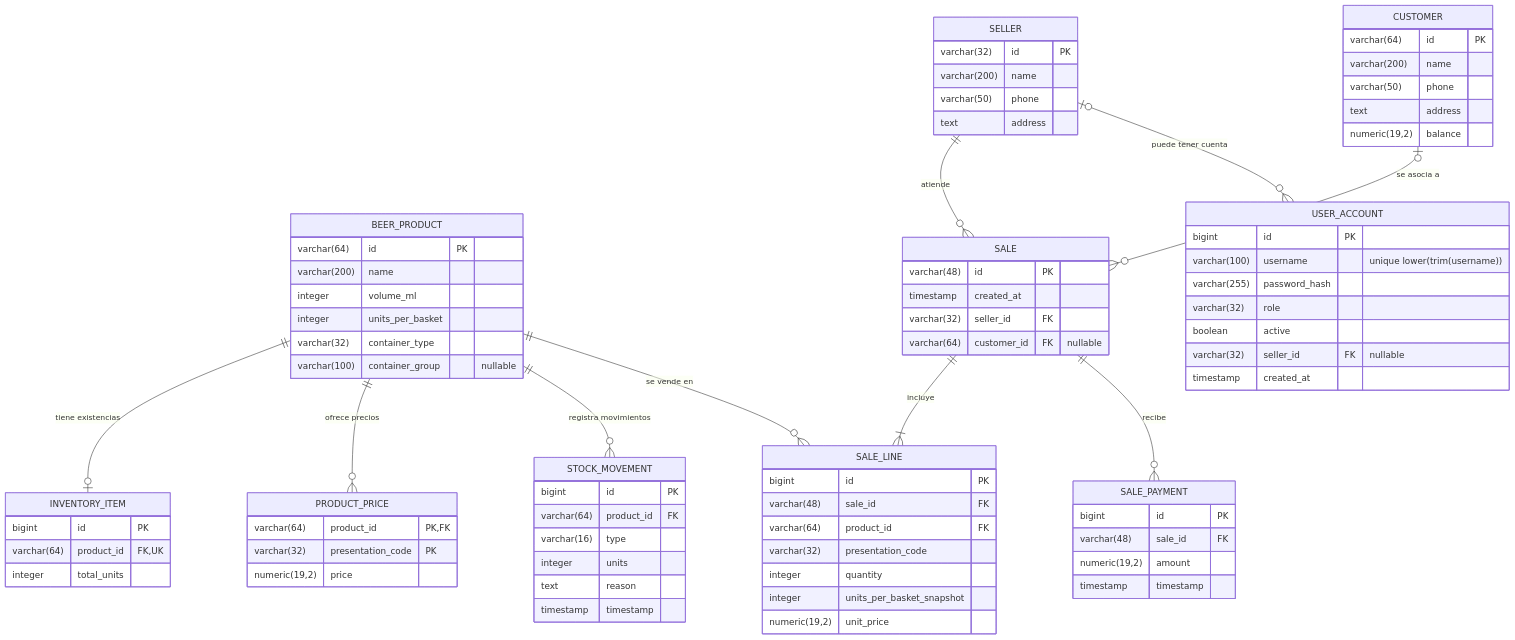
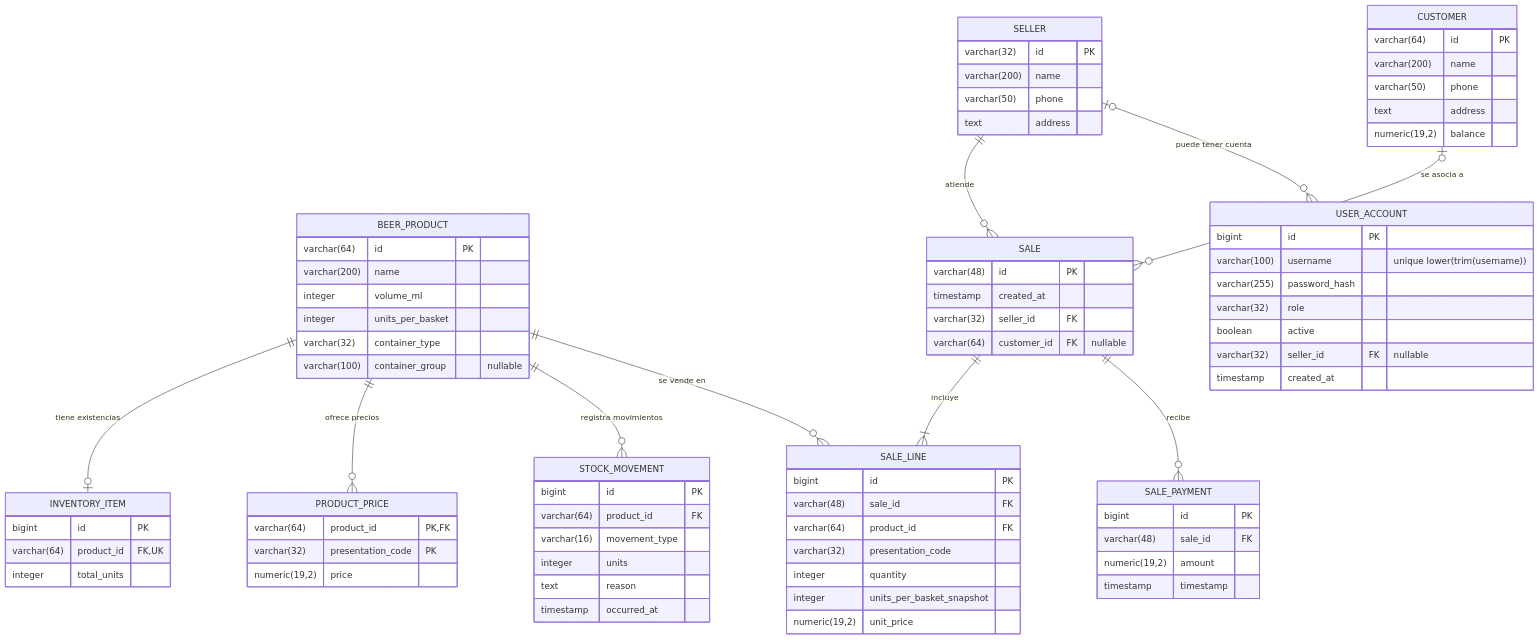
One commit to carloscamelo2008-lang/la-exclusiva-p3 changed the diagram in database/diagrama-er.mmd. Above: the diagram before and after it, drawn with Mermaid.

Commit message:
docs(database): align ER diagram with SQL column names

```diff
--- a/database/diagrama-er.mmd
+++ b/database/diagrama-er.mmd
@@ -1,82 +1,82 @@
 %% Todas las relaciones FK tienen ON DELETE RESTRICT; no se usa borrado en cascada.
 %% timestamp representa PostgreSQL TIMESTAMP WITHOUT TIME ZONE; numeric monetario es NUMERIC(19,2).
 erDiagram
     BEER_PRODUCT ||--o| INVENTORY_ITEM : "tiene existencias"
     BEER_PRODUCT ||--o{ PRODUCT_PRICE : "ofrece precios"
     BEER_PRODUCT ||--o{ STOCK_MOVEMENT : "registra movimientos"
     BEER_PRODUCT ||--o{ SALE_LINE : "se vende en"
     SELLER ||--o{ SALE : "atiende"
     CUSTOMER o|--o{ SALE : "se asocia a"
     SELLER o|--o{ USER_ACCOUNT : "puede tener cuenta"
     SALE ||--|{ SALE_LINE : "incluye"
     SALE ||--o{ SALE_PAYMENT : "recibe"
 
     BEER_PRODUCT {
         varchar(64) id PK
         varchar(200) name
         integer volume_ml
         integer units_per_basket
         varchar(32) container_type
         varchar(100) container_group "nullable"
     }
     PRODUCT_PRICE {
         varchar(64) product_id PK,FK
         varchar(32) presentation_code PK
         numeric(19,2) price
     }
     INVENTORY_ITEM {
         bigint id PK
         varchar(64) product_id FK,UK
         integer total_units
     }
     STOCK_MOVEMENT {
         bigint id PK
         varchar(64) product_id FK
-        varchar(16) type
+        varchar(16) movement_type
         integer units
         text reason
-        timestamp timestamp
+        timestamp occurred_at
     }
     CUSTOMER {
         varchar(64) id PK
         varchar(200) name
         varchar(50) phone
         text address
         numeric(19,2) balance
     }
     SELLER {
         varchar(32) id PK
         varchar(200) name
         varchar(50) phone
         text address
     }
     SALE {
         varchar(48) id PK
         timestamp created_at
         varchar(32) seller_id FK
         varchar(64) customer_id FK "nullable"
     }
     SALE_LINE {
         bigint id PK
         varchar(48) sale_id FK
         varchar(64) product_id FK
         varchar(32) presentation_code
         integer quantity
         integer units_per_basket_snapshot
         numeric(19,2) unit_price
     }
     SALE_PAYMENT {
         bigint id PK
         varchar(48) sale_id FK
         numeric(19,2) amount
         timestamp timestamp
     }
     USER_ACCOUNT {
         bigint id PK
         varchar(100) username "unique lower(trim(username))"
         varchar(255) password_hash
         varchar(32) role
         boolean active
         varchar(32) seller_id FK "nullable"
         timestamp created_at
     }
```
